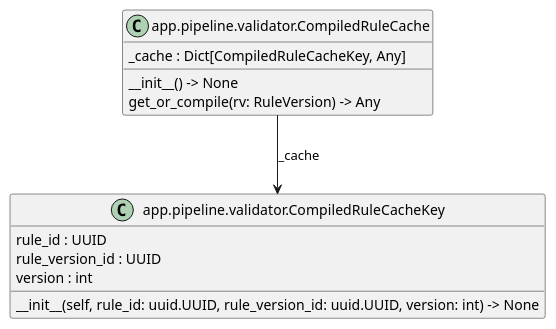
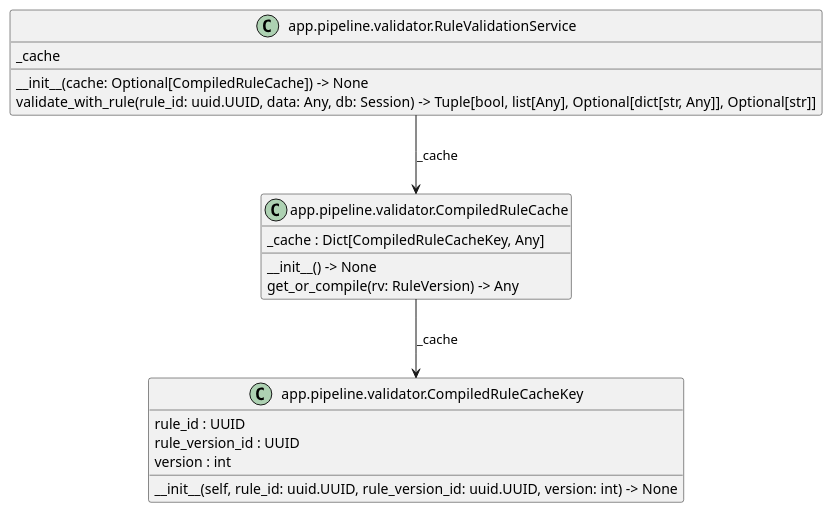
One commit to KanukhinA/TN_VED_Pipeline changed the diagram in docs/architecture/class-diagrams/backend/classes_backend_pipeline.puml. Above: the diagram before and after it, drawn with PlantUML. The commit also changed 123 other files, not shown here.

```diff
--- a/docs/architecture/class-diagrams/backend/classes_backend_pipeline.puml
+++ b/docs/architecture/class-diagrams/backend/classes_backend_pipeline.puml
@@ -1,15 +1,21 @@
 @startuml classes_backend_pipeline
 set namespaceSeparator none
 class "app.pipeline.validator.CompiledRuleCache" as app.pipeline.validator.CompiledRuleCache {
   _cache : Dict[CompiledRuleCacheKey, Any]
   __init__() -> None
   get_or_compile(rv: RuleVersion) -> Any
 }
 class "app.pipeline.validator.CompiledRuleCacheKey" as app.pipeline.validator.CompiledRuleCacheKey {
   rule_id : UUID
   rule_version_id : UUID
   version : int
   __init__(self, rule_id: uuid.UUID, rule_version_id: uuid.UUID, version: int) -> None
 }
+class "app.pipeline.validator.RuleValidationService" as app.pipeline.validator.RuleValidationService {
+  _cache
+  __init__(cache: Optional[CompiledRuleCache]) -> None
+  validate_with_rule(rule_id: uuid.UUID, data: Any, db: Session) -> Tuple[bool, list[Any], Optional[dict[str, Any]], Optional[str]]
+}
+app.pipeline.validator.RuleValidationService --> app.pipeline.validator.CompiledRuleCache : _cache
 app.pipeline.validator.CompiledRuleCache --> app.pipeline.validator.CompiledRuleCacheKey : _cache
 @enduml
```
